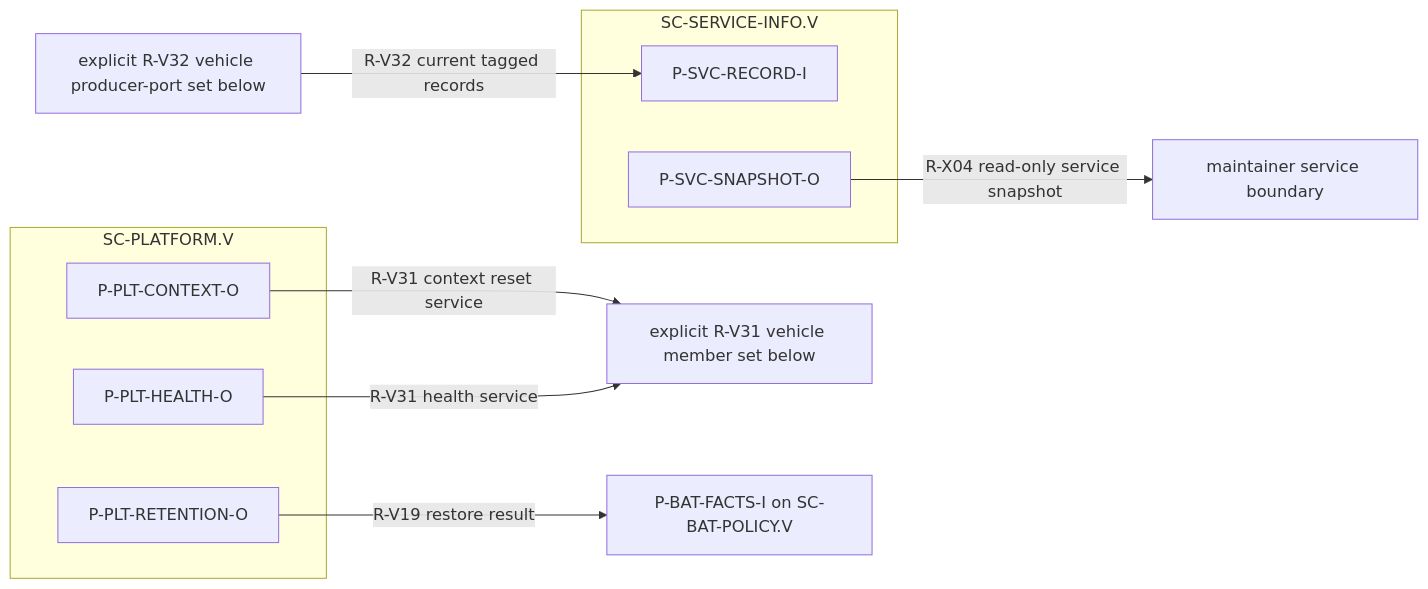
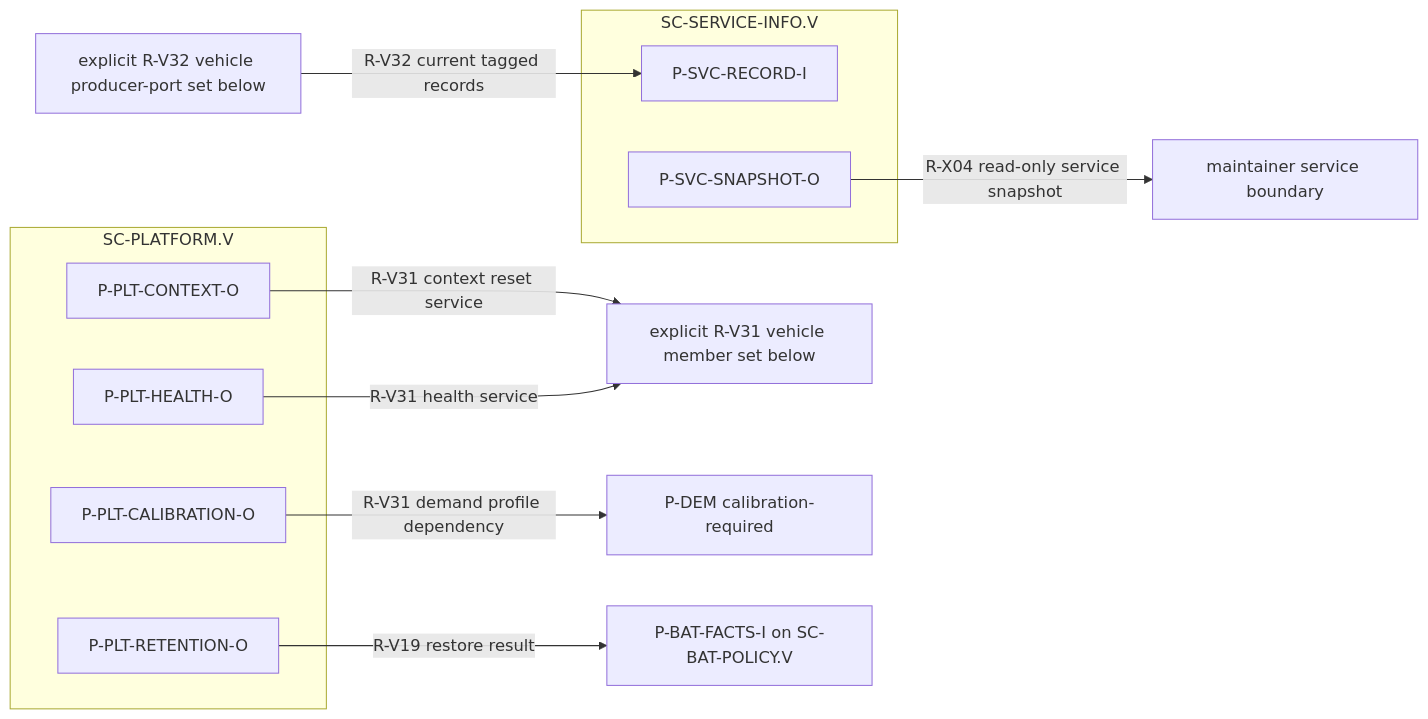
The fourth of 4 diagrams in .devenv/Architecture/SoftwareArchitecture/ARCH-003_Software_Architecture.md (dhellhake/X2CityMCU), drawn with Mermaid before and after one commit. The commit also changed other lines of this file and 71 other files, not shown here.

Commit message:
Added Data-Flow to all architecture layers

````diff
--- a/.devenv/Architecture/SoftwareArchitecture/ARCH-003_Software_Architecture.md
+++ b/.devenv/Architecture/SoftwareArchitecture/ARCH-003_Software_Architecture.md
@@ -301,17 +313,19 @@
 ```mermaid
 flowchart LR
     subgraph PLT[SC-PLATFORM.V]
         PVCO[P-PLT-CONTEXT-O]
         PVRO[P-PLT-RETENTION-O]
         PVHO[P-PLT-HEALTH-O]
+        PVCA[P-PLT-CALIBRATION-O]
     end
     subgraph SVC[SC-SERVICE-INFO.V]
         SVRI[P-SVC-RECORD-I]
         SVSO[P-SVC-SNAPSHOT-O]
     end
     PVCO -->|R-V31 context reset service| VC[explicit R-V31 vehicle member set below]
     PVHO -->|R-V31 health service| VC
+    PVCA -->|R-V31 demand profile dependency| DMC[P-DEM calibration-required]
     PVRO -->|R-V19 restore result| BP[P-BAT-FACTS-I on SC-BAT-POLICY.V]
     VP[explicit R-V32 vehicle producer-port set below] -->|R-V32 current tagged records| SVRI
     SVSO -->|R-X04 read-only service snapshot| VM[maintainer service boundary]
 ```
````
